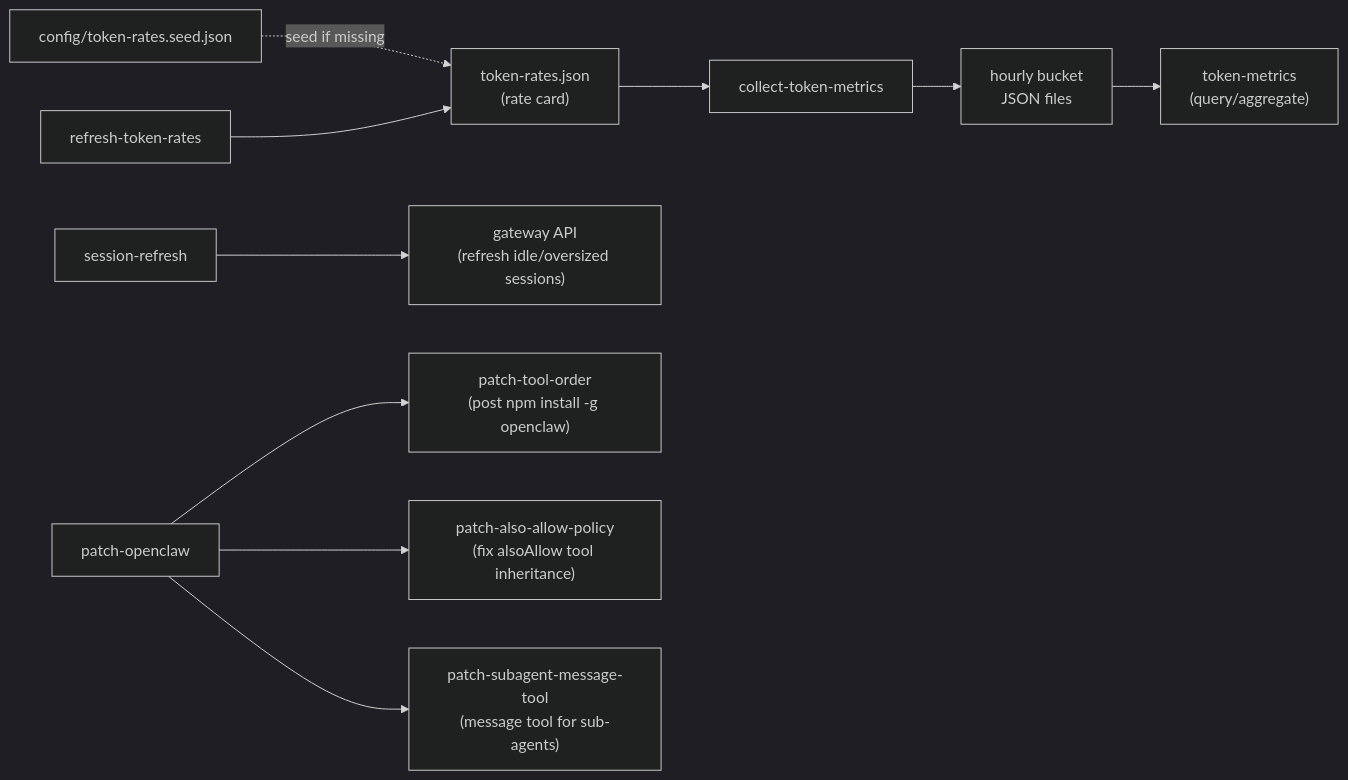
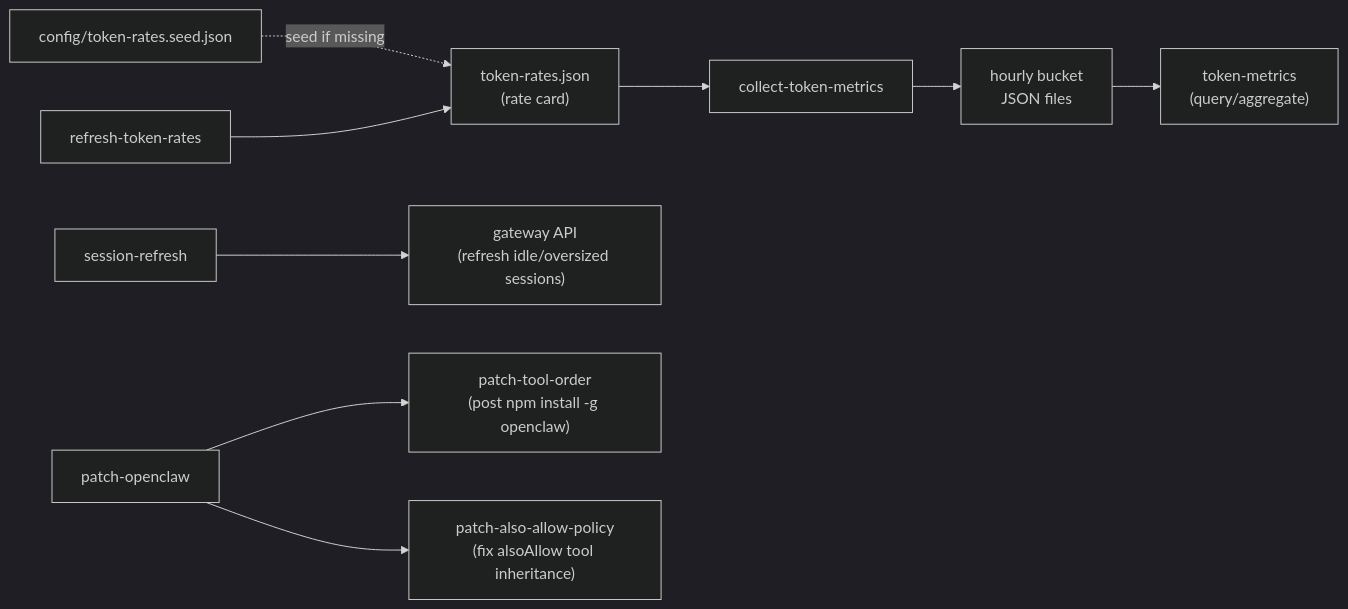
The diagram in src/admin/README.md (karmaniverous/jeeves-scripts-template), drawn with Mermaid (dark theme) before and after one commit. The commit also changed other lines of this file and 6 other files, not shown here.

Commit message:
[64] chore: remove the subagent-message tool patch

````diff
--- a/src/admin/README.md
+++ b/src/admin/README.md
@@ -23,14 +22,13 @@
 ```mermaid
 flowchart LR
   collect["collect-token-metrics"] --> buckets["hourly bucket\nJSON files"]
   buckets --> metrics["token-metrics\n(query/aggregate)"]
   seed["config/token-rates.seed.json"] -. "seed if missing" .-> card["token-rates.json\n(rate card)"]
   rates["refresh-token-rates"] --> card
   card --> collect
 
   refresh["session-refresh"] --> gateway["gateway API\n(refresh idle/oversized sessions)"]
 
   patch["patch-openclaw"] --> order["patch-tool-order\n(post npm install -g openclaw)"]
   patch --> allow["patch-also-allow-policy\n(fix alsoAllow tool inheritance)"]
-  patch --> msg["patch-subagent-message-tool\n(message tool for sub-agents)"]
 ```
````
